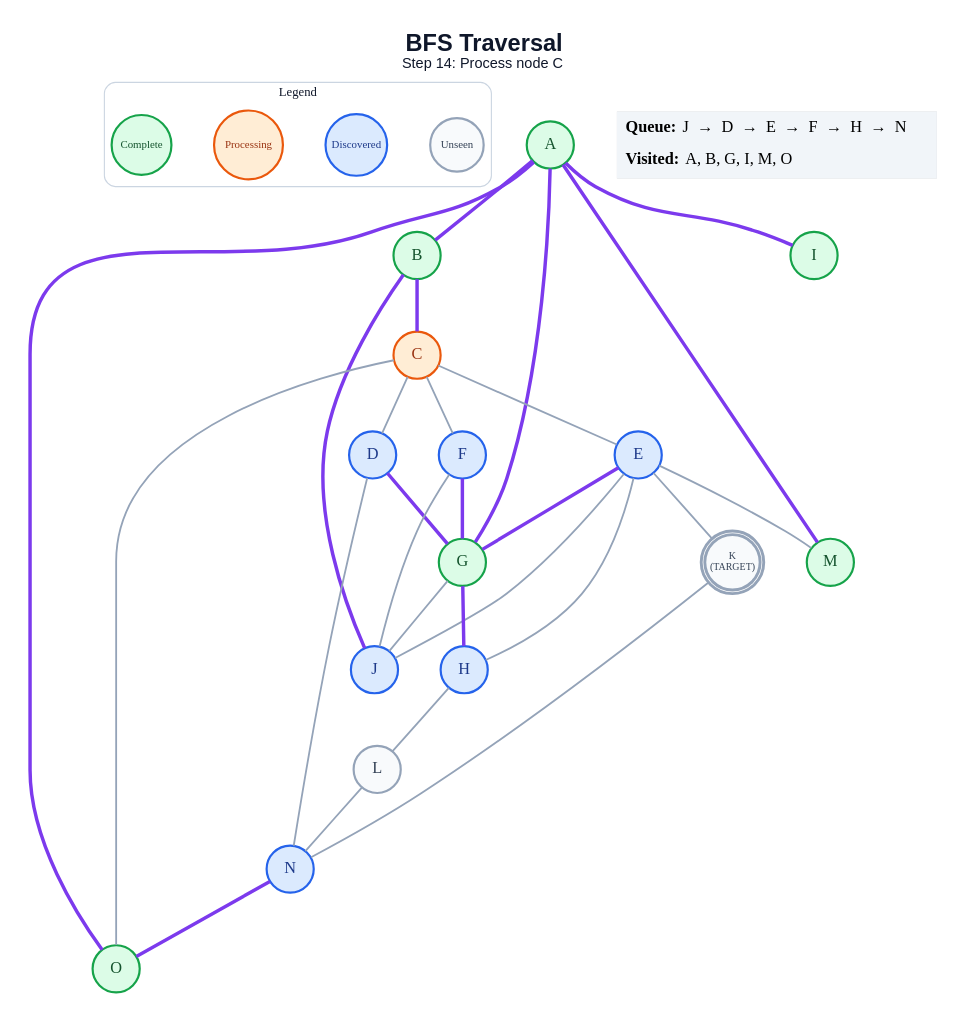
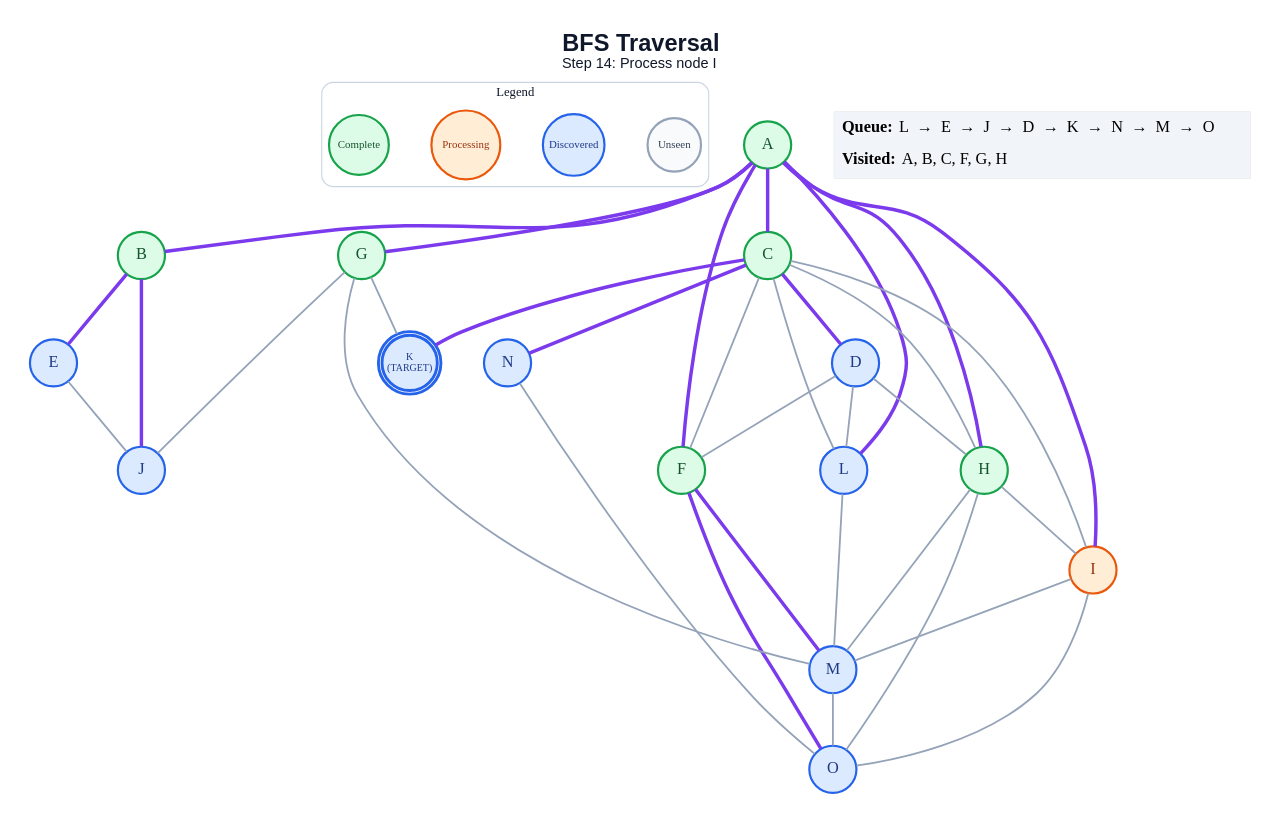
Before and after one commit to anon7238593-create/ai-slop: the diagram in generated/specific-node/bfs/step_14.dot, drawn with Graphviz. The commit also changed 265 other files, not shown here.

```diff
--- a/generated/specific-node/bfs/step_14.dot
+++ b/generated/specific-node/bfs/step_14.dot
@@ -1,60 +1,67 @@
 graph traversal {
   graph [layout=dot, rankdir=TB, bgcolor="#FFFFFF", pad="0.35", nodesep="0.65", ranksep="0.8", fontname="Arial"];
   node [shape=circle, style="filled", fontname="Arial Bold", fontsize=18, width=0.72, fixedsize=true, penwidth=2.4];
   edge [color="#94A3B8", penwidth=2.0];
-  label=<<B>BFS Traversal</B><BR/><FONT POINT-SIZE="16">Step 14: Process node C</FONT>>; labelloc="t"; fontsize=26; fontname="Arial"; fontcolor="#0F172A";
+  label=<<B>BFS Traversal</B><BR/><FONT POINT-SIZE="16">Step 14: Process node I</FONT>>; labelloc="t"; fontsize=26; fontname="Arial"; fontcolor="#0F172A";
   subgraph cluster_legend { label="Legend"; color="#CBD5E1"; penwidth=1.2; style="rounded"; fontsize=14; fontname="Arial Bold";
     key_unseen [label="Unseen", fillcolor="#F8FAFC", color="#94A3B8", fontcolor="#334155", fontsize=12, width=0.82];
     key_frontier [label="Discovered", fillcolor="#DBEAFE", color="#2563EB", fontcolor="#1E3A8A", fontsize=12, width=0.95];
     key_current [label="Processing", fillcolor="#FFEDD5", color="#EA580C", fontcolor="#9A3412", fontsize=12, width=1.05];
     key_done [label="Complete", fillcolor="#DCFCE7", color="#16A34A", fontcolor="#14532D", fontsize=12, width=0.92];
     { rank=same; key_unseen; key_frontier; key_current; key_done; }
   }
   A [label="A", fillcolor="#DCFCE7", color="#16A34A", fontcolor="#14532D", peripheries=1, penwidth=2.4];
   B [label="B", fillcolor="#DCFCE7", color="#16A34A", fontcolor="#14532D", peripheries=1, penwidth=2.4];
-  C [label="C", fillcolor="#FFEDD5", color="#EA580C", fontcolor="#9A3412", peripheries=1, penwidth=2.4];
+  C [label="C", fillcolor="#DCFCE7", color="#16A34A", fontcolor="#14532D", peripheries=1, penwidth=2.4];
   D [label="D", fillcolor="#DBEAFE", color="#2563EB", fontcolor="#1E3A8A", peripheries=1, penwidth=2.4];
   E [label="E", fillcolor="#DBEAFE", color="#2563EB", fontcolor="#1E3A8A", peripheries=1, penwidth=2.4];
-  F [label="F", fillcolor="#DBEAFE", color="#2563EB", fontcolor="#1E3A8A", peripheries=1, penwidth=2.4];
+  F [label="F", fillcolor="#DCFCE7", color="#16A34A", fontcolor="#14532D", peripheries=1, penwidth=2.4];
   G [label="G", fillcolor="#DCFCE7", color="#16A34A", fontcolor="#14532D", peripheries=1, penwidth=2.4];
-  H [label="H", fillcolor="#DBEAFE", color="#2563EB", fontcolor="#1E3A8A", peripheries=1, penwidth=2.4];
-  I [label="I", fillcolor="#DCFCE7", color="#16A34A", fontcolor="#14532D", peripheries=1, penwidth=2.4];
+  H [label="H", fillcolor="#DCFCE7", color="#16A34A", fontcolor="#14532D", peripheries=1, penwidth=2.4];
+  I [label="I", fillcolor="#FFEDD5", color="#EA580C", fontcolor="#9A3412", peripheries=1, penwidth=2.4];
   J [label="J", fillcolor="#DBEAFE", color="#2563EB", fontcolor="#1E3A8A", peripheries=1, penwidth=2.4];
-  K [label="K\n(TARGET)", fillcolor="#F8FAFC", color="#94A3B8", fontcolor="#334155", peripheries=2, penwidth=3.2, fontsize=11, width=0.85, height=0.85];
-  L [label="L", fillcolor="#F8FAFC", color="#94A3B8", fontcolor="#334155", peripheries=1, penwidth=2.4];
-  M [label="M", fillcolor="#DCFCE7", color="#16A34A", fontcolor="#14532D", peripheries=1, penwidth=2.4];
+  K [label="K\n(TARGET)", fillcolor="#DBEAFE", color="#2563EB", fontcolor="#1E3A8A", peripheries=2, penwidth=3.2, fontsize=11, width=0.85, height=0.85];
+  L [label="L", fillcolor="#DBEAFE", color="#2563EB", fontcolor="#1E3A8A", peripheries=1, penwidth=2.4];
+  M [label="M", fillcolor="#DBEAFE", color="#2563EB", fontcolor="#1E3A8A", peripheries=1, penwidth=2.4];
   N [label="N", fillcolor="#DBEAFE", color="#2563EB", fontcolor="#1E3A8A", peripheries=1, penwidth=2.4];
-  O [label="O", fillcolor="#DCFCE7", color="#16A34A", fontcolor="#14532D", peripheries=1, penwidth=2.4];
+  O [label="O", fillcolor="#DBEAFE", color="#2563EB", fontcolor="#1E3A8A", peripheries=1, penwidth=2.4];
   A -- B [color="#7C3AED", penwidth=3.8];
+  A -- C [color="#7C3AED", penwidth=3.8];
+  A -- F [color="#7C3AED", penwidth=3.8];
   A -- G [color="#7C3AED", penwidth=3.8];
+  A -- H [color="#7C3AED", penwidth=3.8];
   A -- I [color="#7C3AED", penwidth=3.8];
-  A -- M [color="#7C3AED", penwidth=3.8];
-  A -- O [color="#7C3AED", penwidth=3.8];
-  B -- C [color="#7C3AED", penwidth=3.8];
+  A -- L [color="#7C3AED", penwidth=3.8];
+  B -- E [color="#7C3AED", penwidth=3.8];
   B -- J [color="#7C3AED", penwidth=3.8];
-  C -- D;
-  C -- E;
+  C -- D [color="#7C3AED", penwidth=3.8];
   C -- F;
-  C -- O;
-  D -- G [color="#7C3AED", penwidth=3.8];
-  D -- N;
-  E -- G [color="#7C3AED", penwidth=3.8];
-  E -- H;
+  C -- H;
+  C -- I;
+  C -- K [color="#7C3AED", penwidth=3.8];
+  C -- L;
+  C -- N [color="#7C3AED", penwidth=3.8];
+  D -- F;
+  D -- H;
+  D -- L;
   E -- J;
-  E -- K;
-  E -- M;
-  F -- G [color="#7C3AED", penwidth=3.8];
-  F -- J;
-  G -- H [color="#7C3AED", penwidth=3.8];
+  F -- M [color="#7C3AED", penwidth=3.8];
+  F -- O [color="#7C3AED", penwidth=3.8];
   G -- J;
-  H -- L;
-  K -- N;
-  L -- N;
-  N -- O [color="#7C3AED", penwidth=3.8];
+  G -- K;
+  G -- M;
+  H -- I;
+  H -- M;
+  H -- O;
+  I -- M;
+  I -- O;
+  L -- M;
+  M -- O;
+  N -- O;
   status [shape=plain, fixedsize=false, width=0, height=0, margin=0, label=<
     <TABLE BORDER="0" CELLBORDER="0" CELLPADDING="7" BGCOLOR="#F1F5F9">
-      <TR><TD ALIGN="LEFT"><B>Queue:</B> J  →  D  →  E  →  F  →  H  →  N</TD></TR>
-      <TR><TD ALIGN="LEFT"><B>Visited:</B> A, B, G, I, M, O</TD></TR>
+      <TR><TD ALIGN="LEFT"><B>Queue:</B> L  →  E  →  J  →  D  →  K  →  N  →  M  →  O</TD></TR>
+      <TR><TD ALIGN="LEFT"><B>Visited:</B> A, B, C, F, G, H</TD></TR>
     </TABLE>
   >];
 }
```
